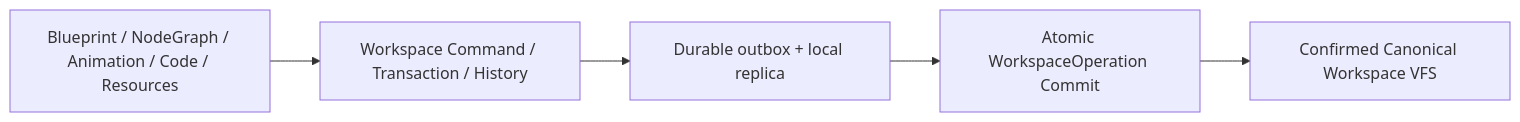
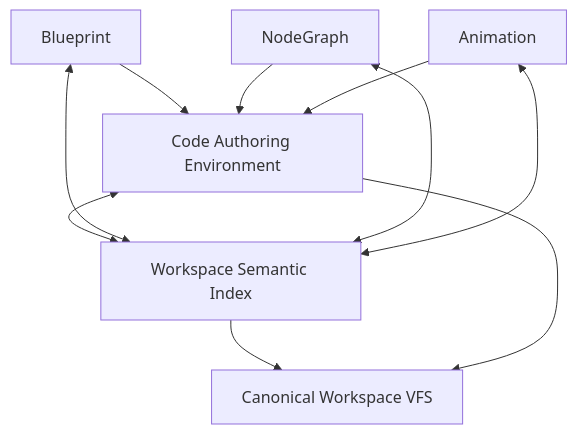
Before and after one commit to prodivix/prodivix: the diagram in apps/docs/guide/introduction.md, drawn with Mermaid. The commit also changed other lines of this file and 275 other files, not shown here.

Commit message:
feat(authoring): complete G1 semantic authoring

````diff
--- a/apps/docs/guide/introduction.md
+++ b/apps/docs/guide/introduction.md
@@ -22,10 +17,12 @@
 ```mermaid
-flowchart LR
-  Editors["Blueprint / NodeGraph / Animation / Code / Resources"]
-  Commands["Workspace Command / Transaction / History"]
-  Outbox["Durable outbox + local replica"]
-  Commit["Atomic WorkspaceOperation Commit"]
-  VFS["Confirmed Canonical Workspace VFS"]
-
-  Editors --> Commands --> Outbox --> Commit --> VFS
+flowchart TD
+  B["Blueprint"] --> C["Code Authoring Environment"]
+  N["NodeGraph"] --> C
+  A["Animation"] --> C
+  C <--> S["Workspace Semantic Index"]
+  B <--> S
+  N <--> S
+  A <--> S
+  S --> W["Canonical Workspace VFS"]
+  C --> W
 ```
````
